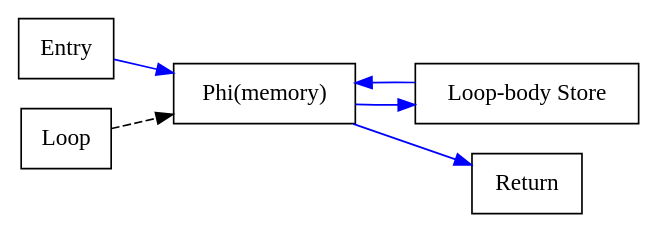
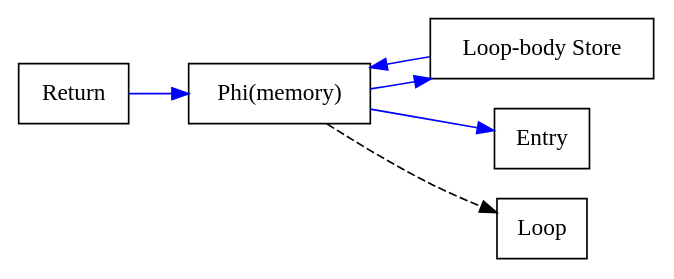
Before and after one commit to SeaOfNodes/Simple: the diagram in chapter10a/docs/example2b.gv, drawn with Graphviz. The commit also changed 17 other files, not shown here.

```diff
--- a/chapter10a/docs/example2b.gv
+++ b/chapter10a/docs/example2b.gv
@@ -1,8 +1,8 @@
 digraph Memory {
   rankdir=LR;
   node [shape=box];
   P [label="Phi(memory)"];
   S [label="Loop-body Store"];
-  Entry -> P [color=blue]; P -> S -> P [color=blue];
-  Loop -> P [style=dashed]; P -> Return [color=blue];
+  P -> Entry [color=blue]; P -> S -> P [color=blue];
+  P -> Loop [style=dashed]; Return -> P [color=blue];
 }
```
